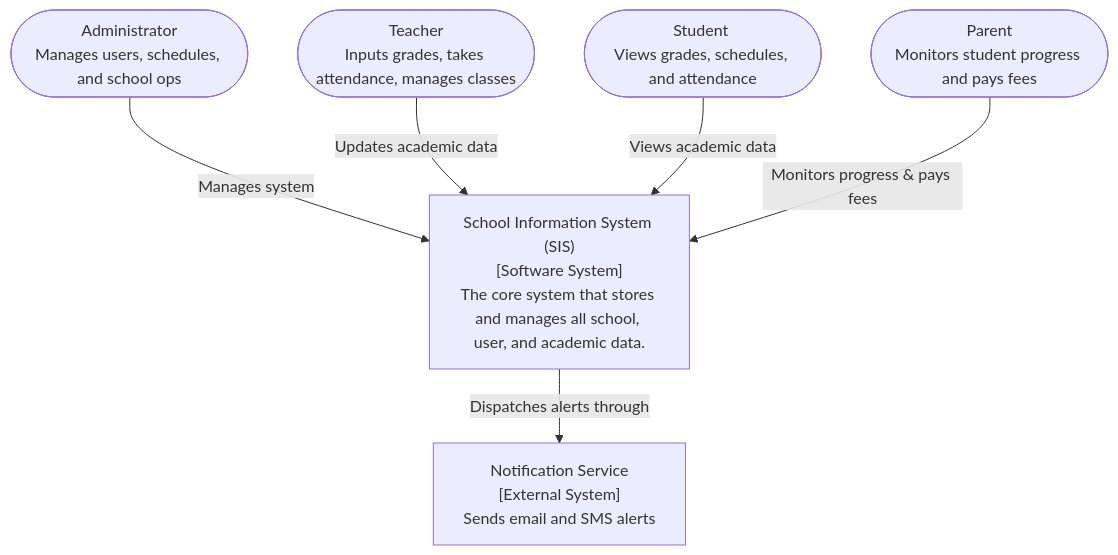
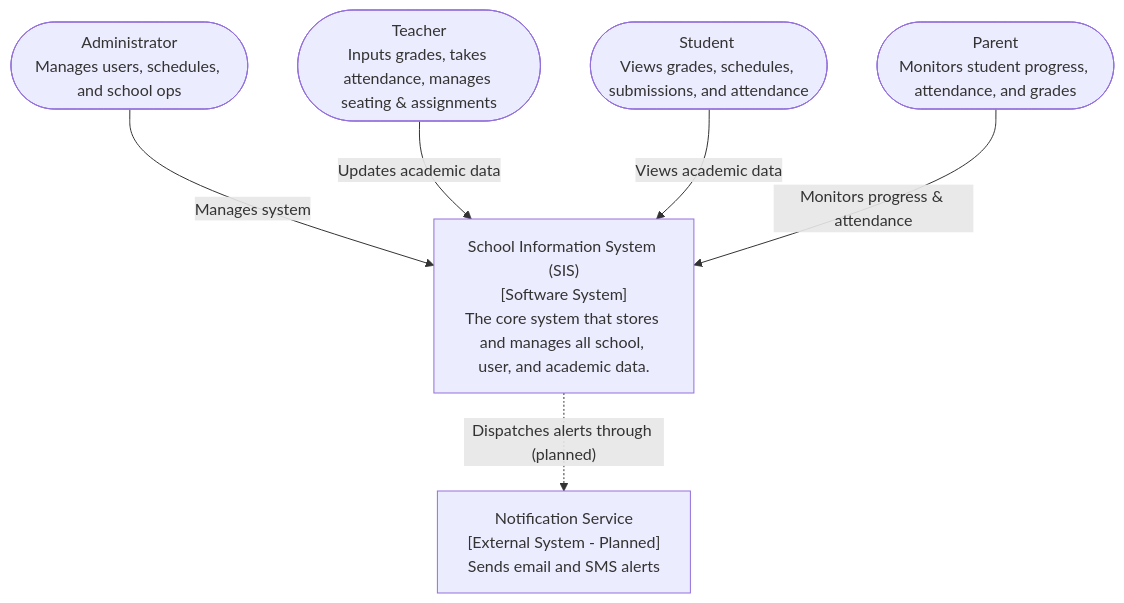
Before and after one commit to JosephGabrie/cen5064-project-JosephGabrie: the first of 4 diagrams in README.md, drawn with Mermaid. The commit also changed other lines of this file and 13 other files, not shown here.

````diff
--- a/README.md
+++ b/README.md
@@ -130,23 +130,23 @@
 ```mermaid
 flowchart TB
-    %% Users / Actors (Represented as pills/ovals)
-    Student(["Student <br/>Views grades, schedules, and attendance"])
-    Teacher(["Teacher<br/>Inputs grades, takes attendance, manages classes"])
-    Parent(["Parent<br/>Monitors student progress and pays fees"])
+    %% Users / Actors
+    Student(["Student <br/>Views grades, schedules, submissions, and attendance"])
+    Teacher(["Teacher<br/>Inputs grades, takes attendance, manages seating & assignments"])
+    Parent(["Parent<br/>Monitors student progress, attendance, and grades"])
     Admin(["Administrator<br/>Manages users, schedules, and school ops"])
 
-    %% The Core System (Represented as a prominent rectangle)
+    %% The Core System
     SIS["School Information System (SIS)<br/>[Software System]<br/>The core system that stores and manages all school, user, and academic data."]
 
-    %% External Systems (Represented as standard rectangles)
-    Email["Notification Service<br/>[External System]<br/>Sends email and SMS alerts"]
+    %% External Systems (Planned)
+    Email["Notification Service<br/>[External System - Planned]<br/>Sends email and SMS alerts"]
 
     %% Connections (Users to System)
     Admin -- "Manages system" --> SIS
     Teacher -- "Updates academic data" --> SIS
     Student -- "Views academic data" --> SIS
-    Parent -- "Monitors progress & pays fees" --> SIS
+    Parent -- "Monitors progress & attendance" --> SIS
 
     %% Connections (System to External Systems)
-    SIS -- "Dispatches alerts through" --> Email
+    SIS -. "Dispatches alerts through (planned)" .-> Email
 ```
````
